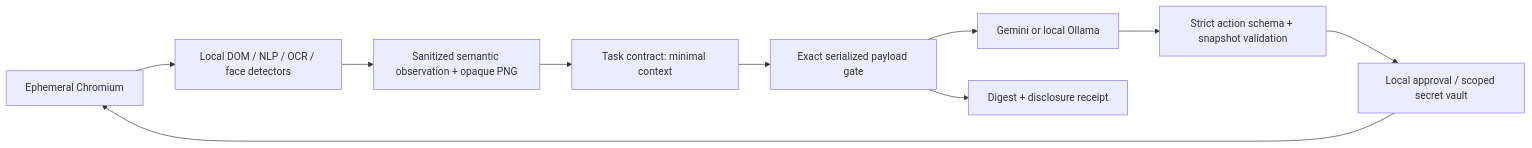
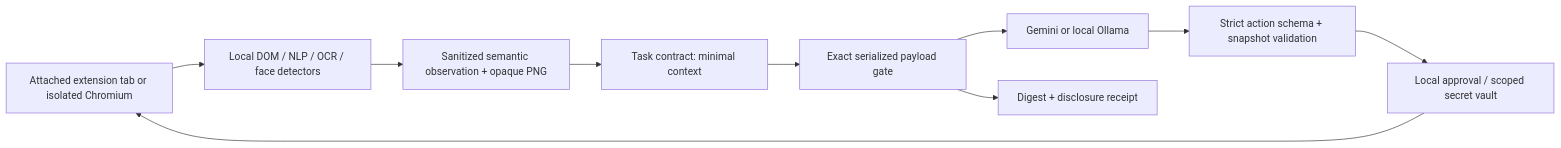
One commit to PECathon-2026/Stardust-Crusaders changed the diagram in docs/ARCHITECTURE.md. Above: the diagram before and after it, drawn with Mermaid. The commit also changed other lines of this file and 34 other files, not shown here.

Commit message:
Add same-tab PrivacyLens extension with explicit privacy profiles

````diff
--- a/docs/ARCHITECTURE.md
+++ b/docs/ARCHITECTURE.md
@@ -6,12 +6,12 @@
 ```mermaid
 flowchart LR
-  B[Ephemeral Chromium] --> D[Local DOM / NLP / OCR / face detectors]
+  B[Attached extension tab or isolated Chromium] --> D[Local DOM / NLP / OCR / face detectors]
   D --> S[Sanitized semantic observation + opaque PNG]
   S --> C[Task contract: minimal context]
   C --> G[Exact serialized payload gate]
   G --> P[Gemini or local Ollama]
   P --> V[Strict action schema + snapshot validation]
   V --> A[Local approval / scoped secret vault]
   A --> B
   G --> R[Digest + disclosure receipt]
 ```
````
